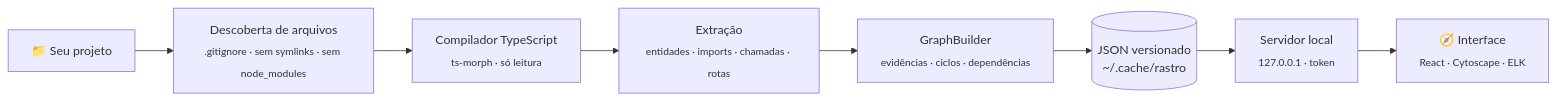
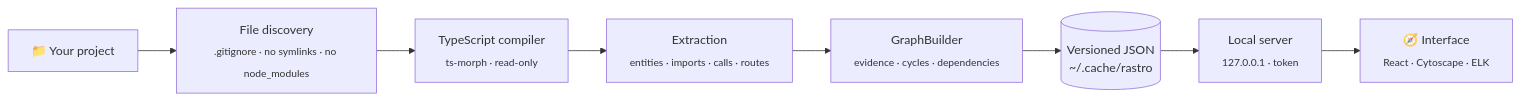
The diagram in README.md (MongeAI/rastro), drawn with Mermaid before and after one commit. The commit also changed other lines of this file and 9 other files, not shown here.

````diff
--- a/README.md
+++ b/README.md
@@ -154,10 +160,10 @@
 ```mermaid
 flowchart LR
-  A[📁 Seu projeto] --> B[Descoberta de arquivos<br/><sub>.gitignore · sem symlinks · sem node_modules</sub>]
-  B --> C[Compilador TypeScript<br/><sub>ts-morph · só leitura</sub>]
-  C --> D[Extração<br/><sub>entidades · imports · chamadas · rotas</sub>]
-  D --> E[GraphBuilder<br/><sub>evidências · ciclos · dependências</sub>]
-  E --> F[(JSON versionado<br/>~/.cache/rastro)]
-  F --> G[Servidor local<br/><sub>127.0.0.1 · token</sub>]
+  A[📁 Your project] --> B[File discovery<br/><sub>.gitignore · no symlinks · no node_modules</sub>]
+  B --> C[TypeScript compiler<br/><sub>ts-morph · read-only</sub>]
+  C --> D[Extraction<br/><sub>entities · imports · calls · routes</sub>]
+  D --> E[GraphBuilder<br/><sub>evidence · cycles · dependencies</sub>]
+  E --> F[(Versioned JSON<br/>~/.cache/rastro)]
+  F --> G[Local server<br/><sub>127.0.0.1 · token</sub>]
   G --> H[🧭 Interface<br/><sub>React · Cytoscape · ELK</sub>]
 ```
````
